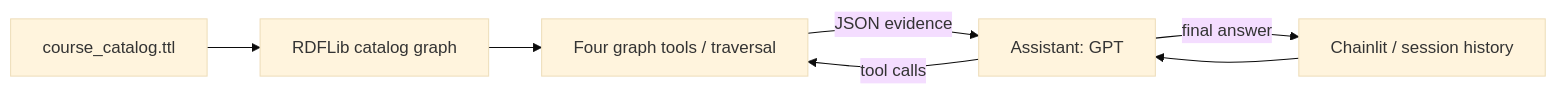
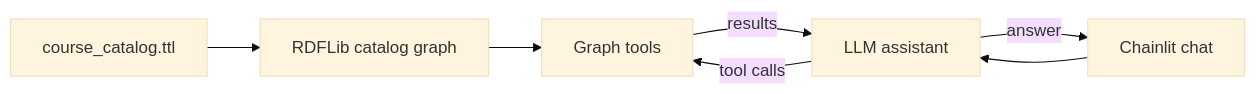
One commit to AlirezaAK2000/knowledge_graph_tutorial changed the diagram in README.md. Above: the diagram before and after it, drawn with Mermaid (base theme). The commit also changed other lines of this file and 1 other file, not shown here.

````diff
--- a/README.md
+++ b/README.md
@@ -23,9 +60,9 @@
 ```mermaid
 flowchart LR
     TTL[course_catalog.ttl] --> Catalog[RDFLib catalog graph]
-    Catalog --> Tools[Four graph tools / traversal]
-    Chat[Chainlit / session history] --> Assistant[Assistant: GPT]
+    Catalog --> Tools[Graph tools]
+    Chat[Chainlit chat] --> Assistant[LLM assistant]
     Assistant -->|tool calls| Tools
-    Tools -->|JSON evidence| Assistant
-    Assistant -->|final answer| Chat
+    Tools -->|results| Assistant
+    Assistant -->|answer| Chat
 ```
````
